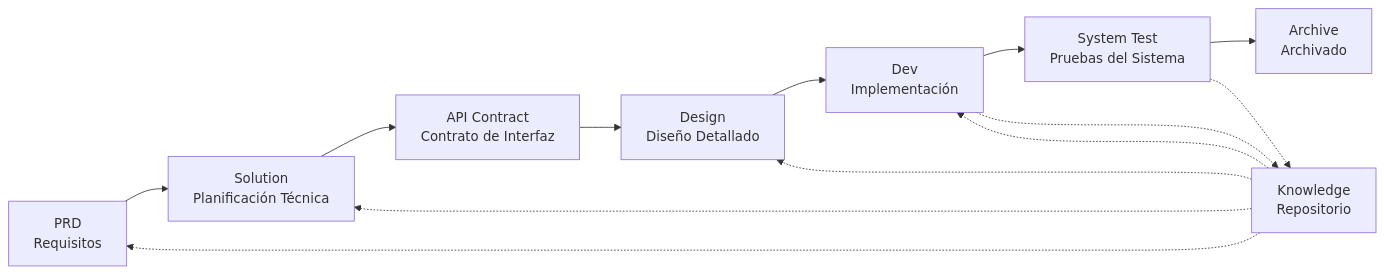
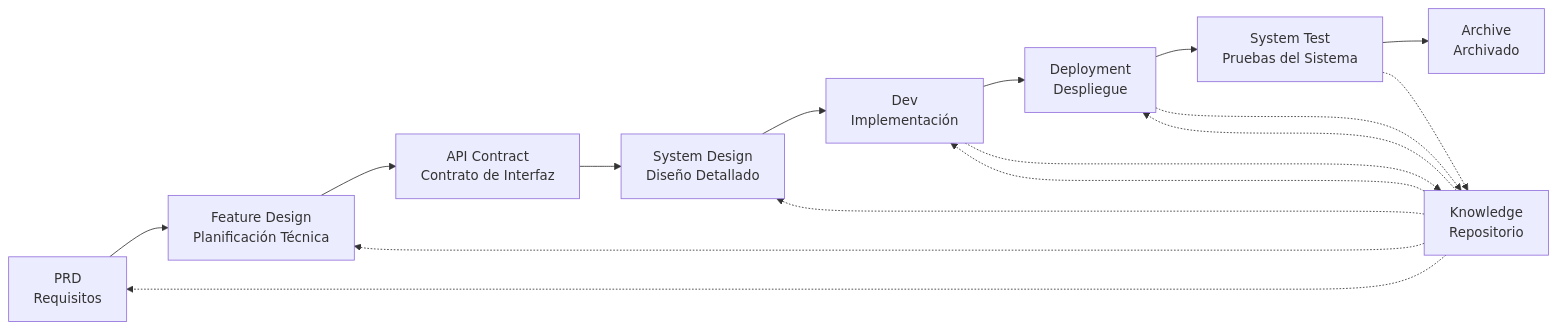
The diagram in README.es.md (charlesmu99/speccrew), drawn with Mermaid before and after one commit. The commit also changed other lines of this file and 35 other files, not shown here.

````diff
--- a/README.es.md
+++ b/README.es.md
@@ -166,17 +166,20 @@
 ```mermaid
 graph LR
-    A[PRD<br/>Requisitos] --> B[Solution<br/>Planificación Técnica]
+    A[PRD<br/>Requisitos] --> B[Feature Design<br/>Planificación Técnica]
     B --> C[API Contract<br/>Contrato de Interfaz]
-    C --> D[Design<br/>Diseño Detallado]
+    C --> D[System Design<br/>Diseño Detallado]
     D --> E[Dev<br/>Implementación]
-    E --> F[System Test<br/>Pruebas del Sistema]
-    F --> G[Archive<br/>Archivado]
+    E --> F[Deployment<br/>Despliegue]
+    F --> G[System Test<br/>Pruebas del Sistema]
+    G --> H[Archive<br/>Archivado]
     
-    H[Knowledge<br/>Repositorio] -.-> A
-    H -.-> B
-    H -.-> D
-    H -.-> E
+    I[Knowledge<br/>Repositorio] -.-> A
+    I -.-> B
+    I -.-> D
+    I -.-> E
+    I -.-> F
     
-    E -.-> H
-    F -.-> H
+    E -.-> I
+    F -.-> I
+    G -.-> I
 ```
````
